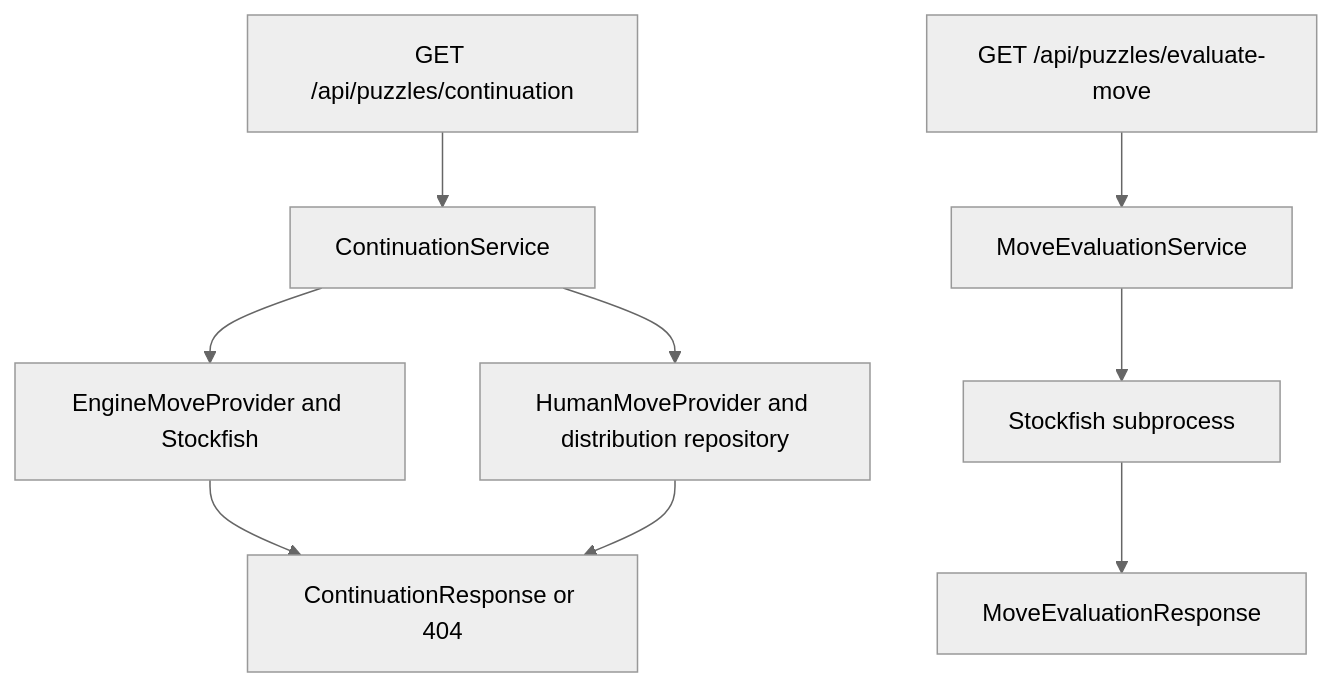
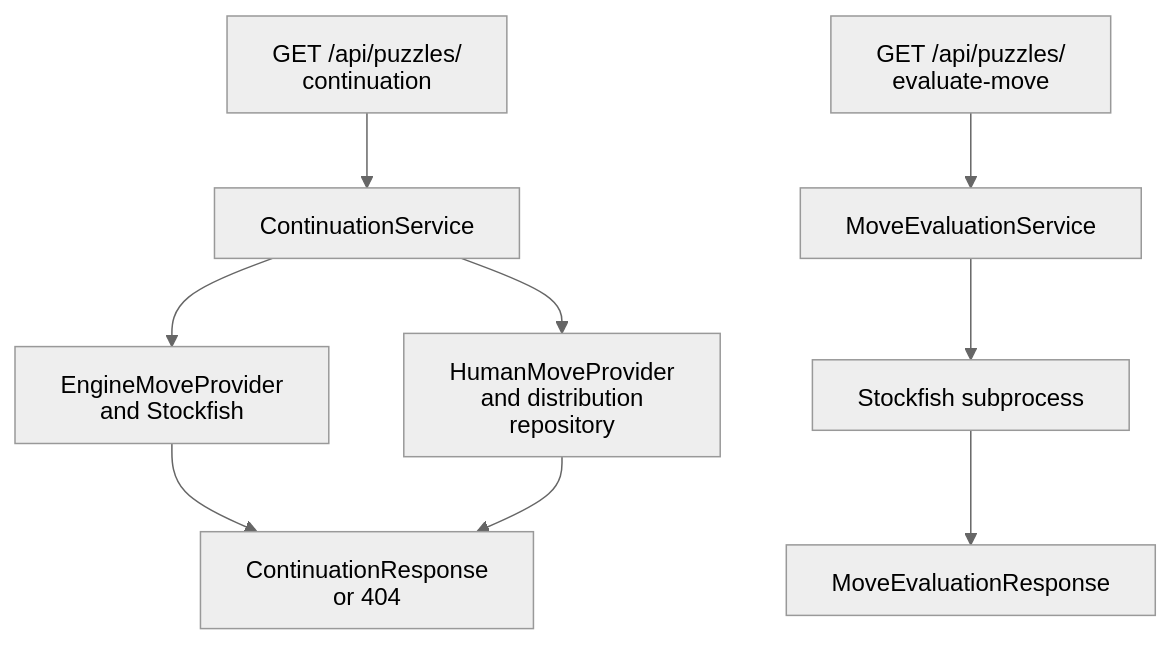
Before and after one commit to NathanZK/ChessEcho: the fifth of 10 diagrams in docs/architecture/backend-architecture.md, drawn with Mermaid (neutral theme). The commit also changed other lines of this file and 1 other file, not shown here.

First line of the commit message:
docs: fix architecture Mermaid rendering

````diff
--- a/docs/architecture/backend-architecture.md
+++ b/docs/architecture/backend-architecture.md
@@ -190,11 +194,12 @@
 ```mermaid
+%%{init: {"htmlLabels": false, "flowchart": {"htmlLabels": false}}}%%
 flowchart TB
-    ContinuationRoute[GET /api/puzzles/continuation] --> Continuation[ContinuationService]
-    Continuation --> Engine[EngineMoveProvider and Stockfish]
-    Continuation --> Human[HumanMoveProvider and distribution repository]
-    Engine --> Candidates[ContinuationResponse or 404]
+    ContinuationRoute["GET /api/puzzles/<br/>continuation"] --> Continuation[ContinuationService]
+    Continuation --> Engine["EngineMoveProvider<br/>and Stockfish"]
+    Continuation --> Human["HumanMoveProvider<br/>and distribution<br/>repository"]
+    Engine --> Candidates["ContinuationResponse<br/>or 404"]
     Human --> Candidates
-    EvalRoute[GET /api/puzzles/evaluate-move] --> EvalService[MoveEvaluationService]
+    EvalRoute["GET /api/puzzles/<br/>evaluate-move"] --> EvalService[MoveEvaluationService]
     EvalService --> Stockfish[Stockfish subprocess]
     Stockfish --> EvalResponse[MoveEvaluationResponse]
 ```
````
